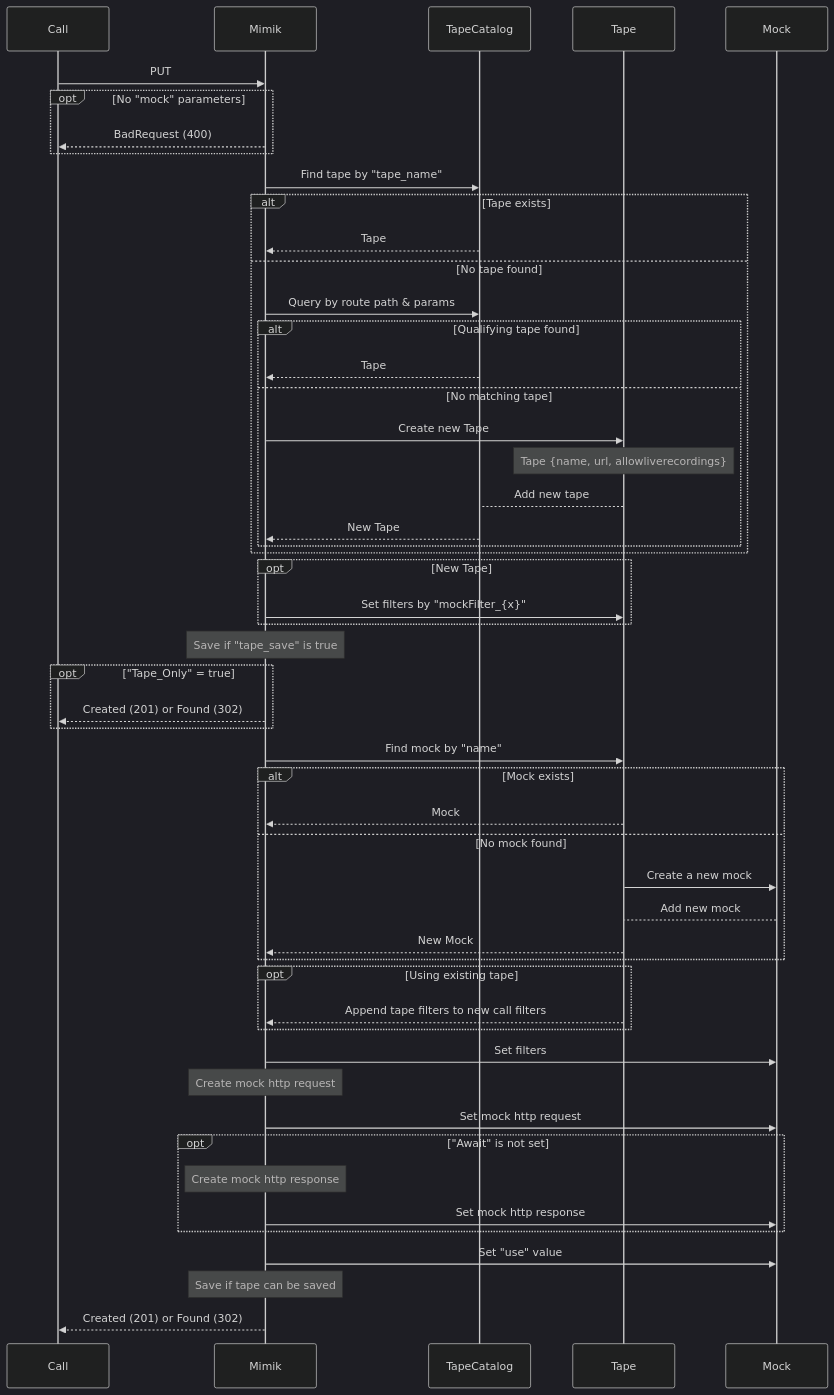
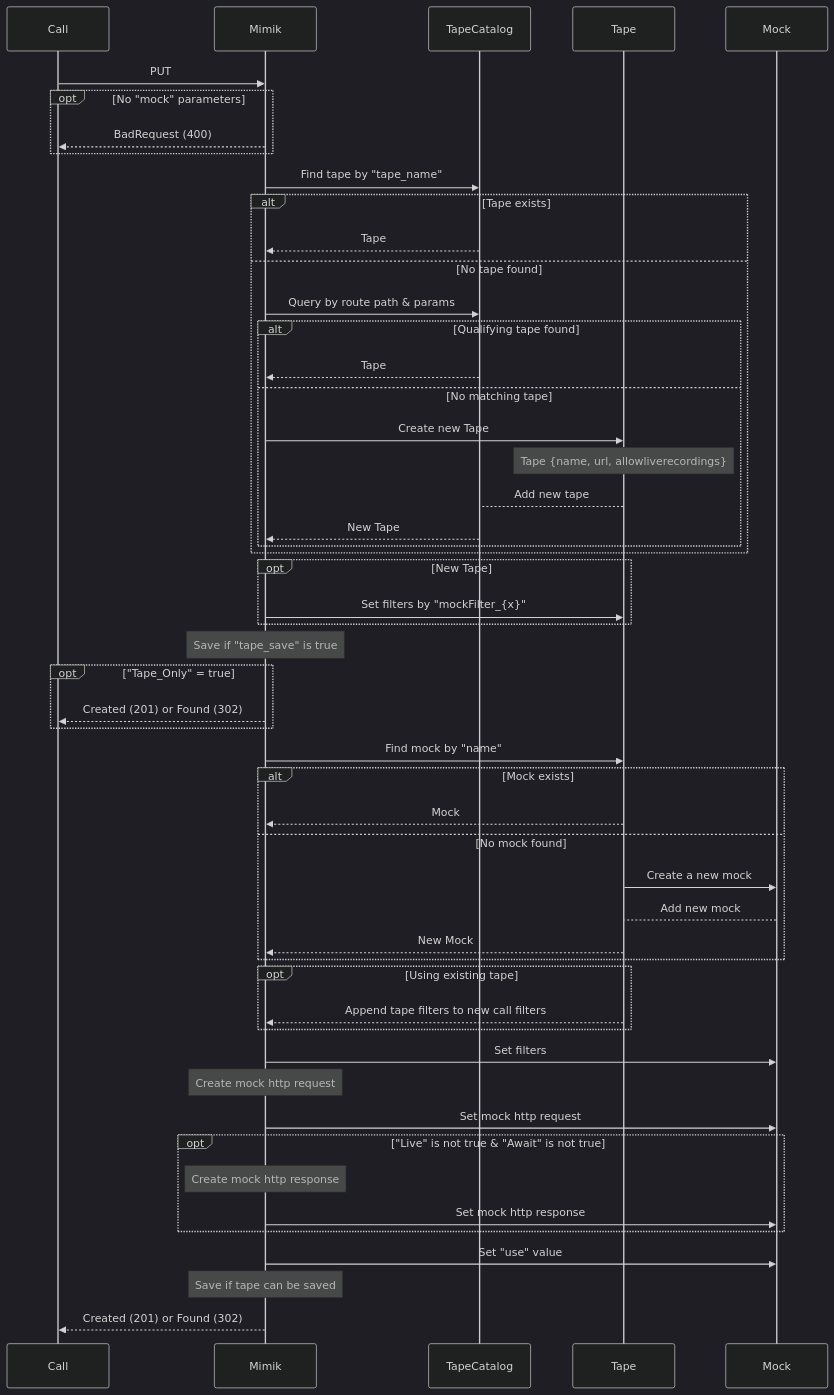
One commit to migueln1987/Mimik-1 changed the first of 2 diagrams in Docs/actionCharts.md. Above: the diagram before and after it, drawn with Mermaid (dark theme). The commit also changed 17 other files, not shown here.

````diff
--- a/Docs/actionCharts.md
+++ b/Docs/actionCharts.md
@@ -5,62 +5,62 @@
 ```mermaid
 sequenceDiagram
 participant in as Call
 participant m as Mimik
 participant g as TapeCatalog
 participant t as Tape
 participant c as Mock
 
 in->>m: PUT
 opt No "mock" parameters
 	m-->>in: BadRequest (400)
 end
 
 m->>g: Find tape by "tape_name"
 alt Tape exists
 	g-->>m: Tape
 else No tape found
 	m->>g: Query by route path & params
 	alt Qualifying tape found
 		g-->>m: Tape
 	else No matching tape
 		m->>t: Create new Tape
 		Note over t: Tape {name, url, allowliverecordings}
 		t-->g: Add new tape
 		g-->>m: New Tape
 	end
 end
 opt New Tape
 	m->>t: Set filters by "mockFilter_{x}"
 end
 Note over m: Save if "tape_save" is true
 
 opt "Tape_Only" = true
 	m-->>in: Created (201) or Found (302)
 end
 
 m->>t: Find mock by "name"
 alt Mock exists
 	t-->>m: Mock
 else No mock found
 	t->>c: Create a new mock
 	c-->t: Add new mock
 	t-->>m: New Mock
 end
 
 opt Using existing tape
 	t-->>m: Append tape filters to new call filters
 end
 m->>c: Set filters
 Note over m: Create mock http request
 m->>c: Set mock http request
 
-opt "Await" is not set
+opt "Live" is not true & "Await" is not true
 	Note over m: Create mock http response
 	m->>c: Set mock http response
 end
 
 m->>c: Set "use" value
 Note over m: Save if tape can be saved
 
 m-->>in: Created (201) or Found (302)
 ```
````
